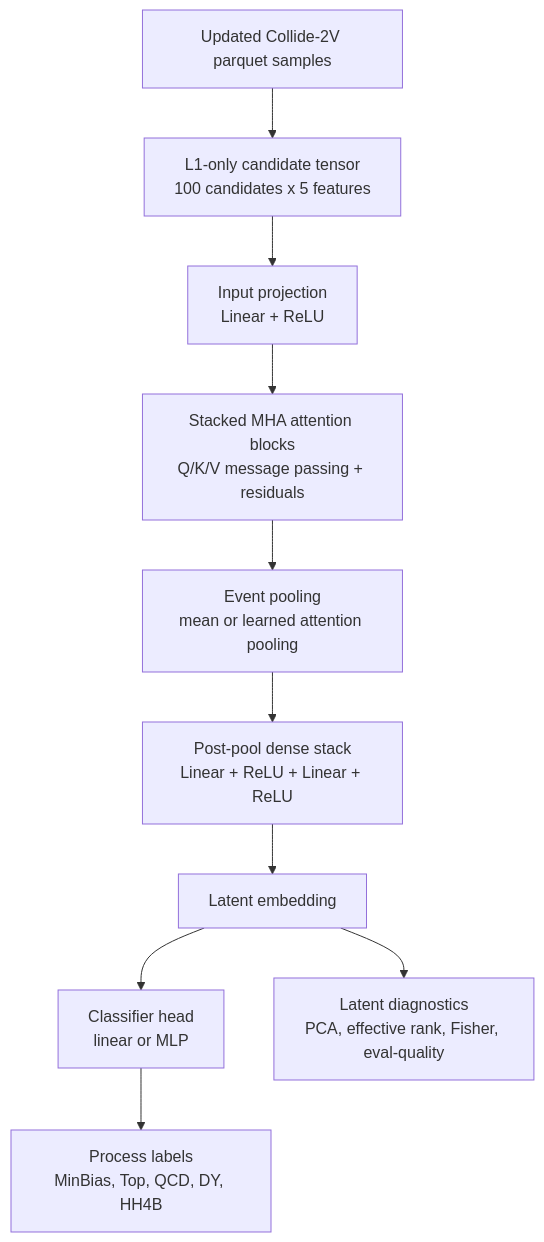
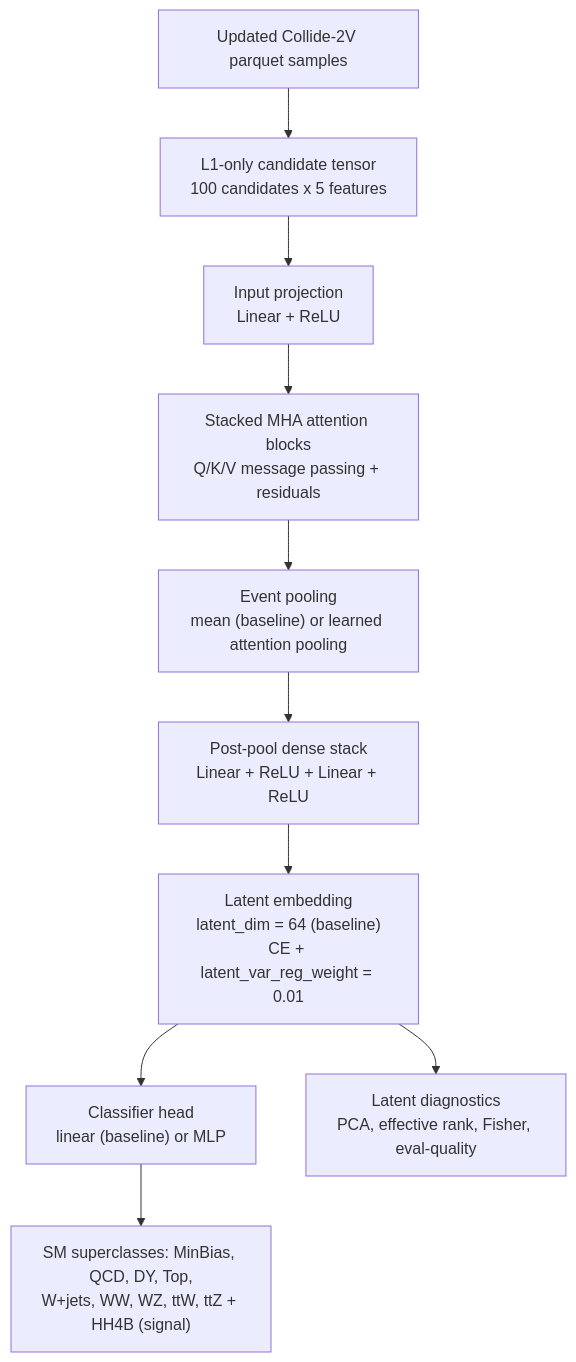
The diagram in README.md (imstefleon/NGT-WP3-Representation-Learning-LHC-Triggers), drawn with Mermaid before and after one commit. The commit also changed other lines of this file and 9 other files, not shown here.

````diff
--- a/README.md
+++ b/README.md
@@ -71,12 +75,12 @@
 ```mermaid
 flowchart TD
     A["Updated Collide-2V parquet samples"] --> B["L1-only candidate tensor<br/>100 candidates x 5 features"]
     B --> C["Input projection<br/>Linear + ReLU"]
     C --> D["Stacked MHA attention blocks<br/>Q/K/V message passing + residuals"]
-    D --> E["Event pooling<br/>mean or learned attention pooling"]
+    D --> E["Event pooling<br/>mean (baseline) or learned attention pooling"]
     E --> F["Post-pool dense stack<br/>Linear + ReLU + Linear + ReLU"]
-    F --> G["Latent embedding"]
-    G --> H["Classifier head<br/>linear or MLP"]
+    F --> G["Latent embedding<br/>latent_dim = 64 (baseline)<br/>CE + latent_var_reg_weight = 0.01"]
+    G --> H["Classifier head<br/>linear (baseline) or MLP"]
     G --> I["Latent diagnostics<br/>PCA, effective rank, Fisher, eval-quality"]
-    H --> J["Process labels<br/>MinBias, Top, QCD, DY, HH4B"]
+    H --> J["SM superclasses: MinBias, QCD, DY, Top,<br/>W+jets, WW, WZ, ttW, ttZ + HH4B (signal)"]
 ```
````
